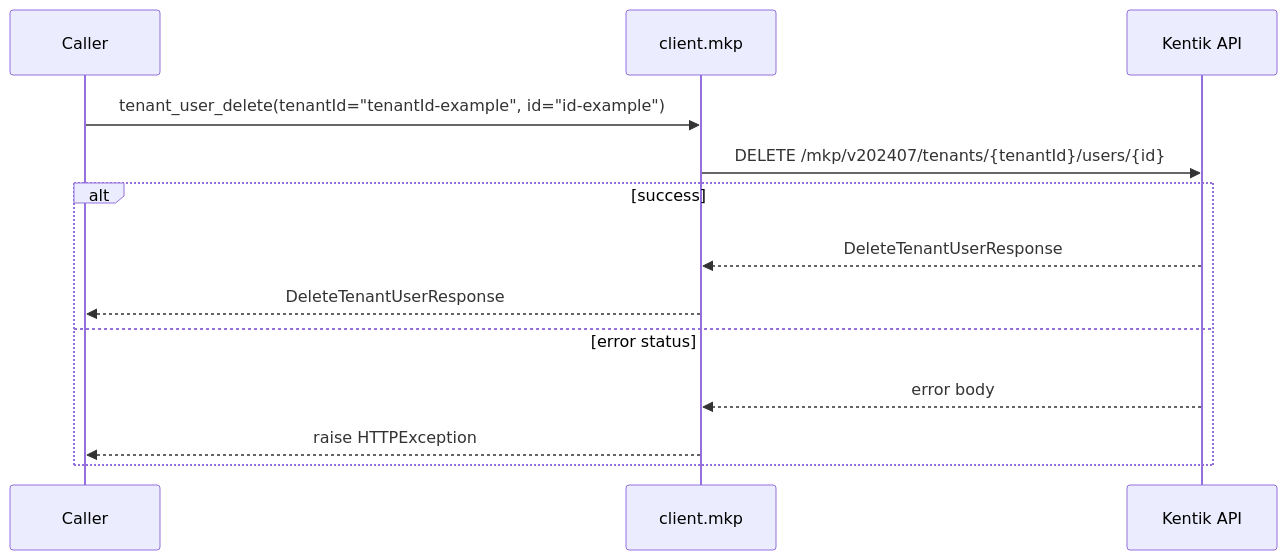
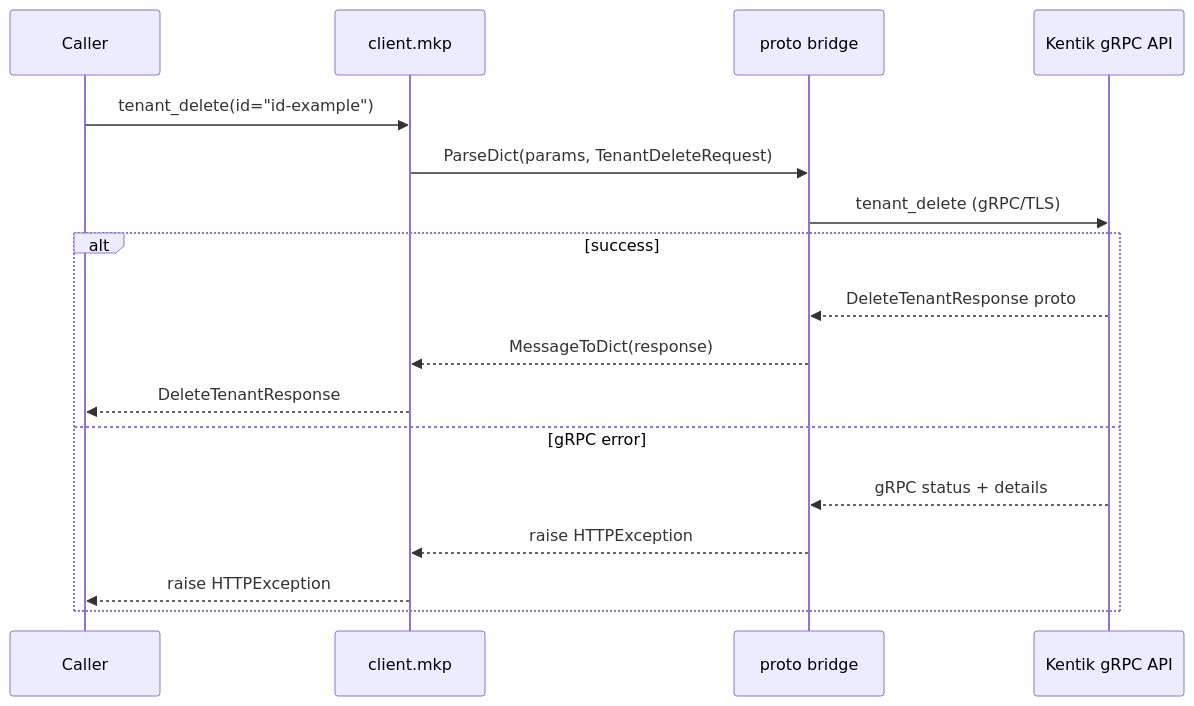
Diagram 21 of 30 in docs/sphinx/services/mkp.md (alexdearaujo/community_sdk_python), drawn with Mermaid before and after one commit. The commit also changed other lines of this file and 61 other files, not shown here.

````diff
--- a/docs/sphinx/services/mkp.md
+++ b/docs/sphinx/services/mkp.md
@@ -679,16 +719,20 @@
 ```mermaid
 sequenceDiagram
     participant C as Caller
     participant W as client.mkp
-    participant API as Kentik API
+    participant B as proto bridge
+    participant API as Kentik gRPC API
 
-    C->>W: tenant_user_delete(tenantId="tenantId-example", id="id-example")
-    W->>API: DELETE /mkp/v202407/tenants/{tenantId}/users/{id}
+    C->>W: tenant_delete(id="id-example")
+    W->>B: ParseDict(params, TenantDeleteRequest)
+    B->>API: tenant_delete (gRPC/TLS)
     alt success
-        API-->>W: DeleteTenantUserResponse
-        W-->>C: DeleteTenantUserResponse
-    else error status
-        API-->>W: error body
+        API-->>B: DeleteTenantResponse proto
+        B-->>W: MessageToDict(response)
+        W-->>C: DeleteTenantResponse
+    else gRPC error
+        API-->>B: gRPC status + details
+        B-->>W: raise HTTPException
         W-->>C: raise HTTPException
     end
 ```
````
